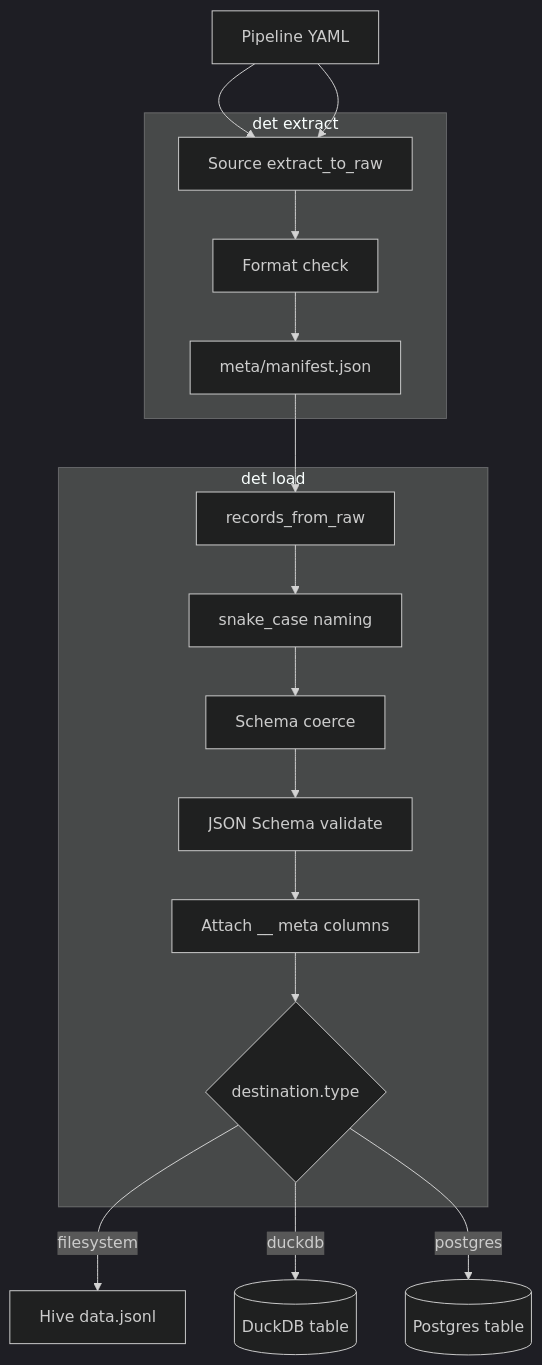
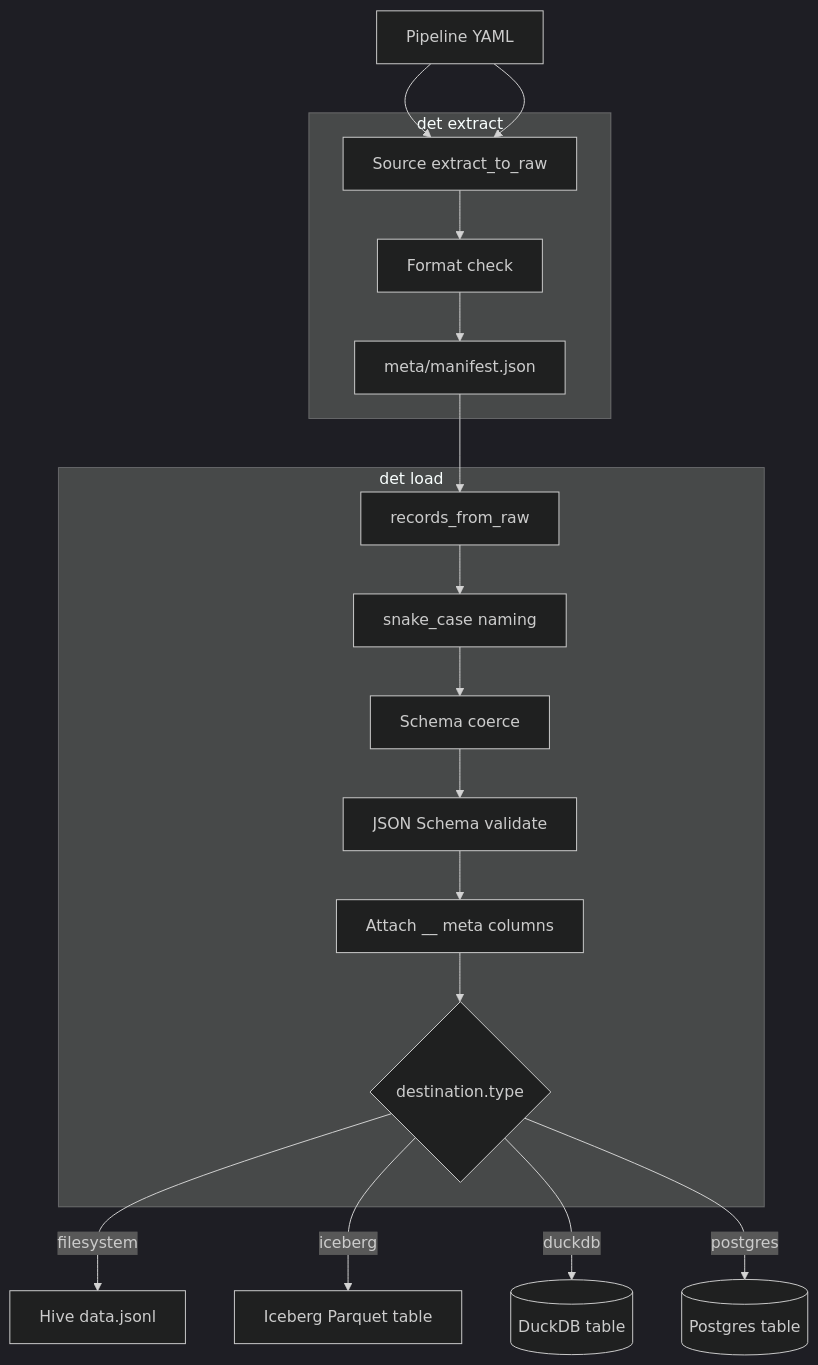
The third of 8 diagrams in README.md (codekid/det), drawn with Mermaid (dark theme) before and after one commit. The commit also changed other lines of this file and 31 other files, not shown here.

First line of the commit message:
Land SQL and Iceberg bronze with replace-by-run and schema-aware DDL.

````diff
--- a/README.md
+++ b/README.md
@@ -117,27 +117,28 @@
 ```mermaid
 flowchart TD
   yaml[Pipeline YAML] --> extract
 
   subgraph extractPhase [det extract]
     extract[Source extract_to_raw]
     format[Format check]
     manifest[meta/manifest.json]
     extract --> format --> manifest
   end
 
   subgraph loadPhase [det load]
     parse[records_from_raw]
     name[snake_case naming]
     coerce[Schema coerce]
     validate[JSON Schema validate]
     meta[Attach __ meta columns]
     write{destination.type}
     parse --> name --> coerce --> validate --> meta --> write
   end
 
   yaml --> extract
   manifest --> parse
   write -->|filesystem| jsonl[Hive data.jsonl]
+  write -->|iceberg| iceberg[Iceberg Parquet table]
   write -->|duckdb| duck[(DuckDB table)]
   write -->|postgres| pg[(Postgres table)]
 ```
````
